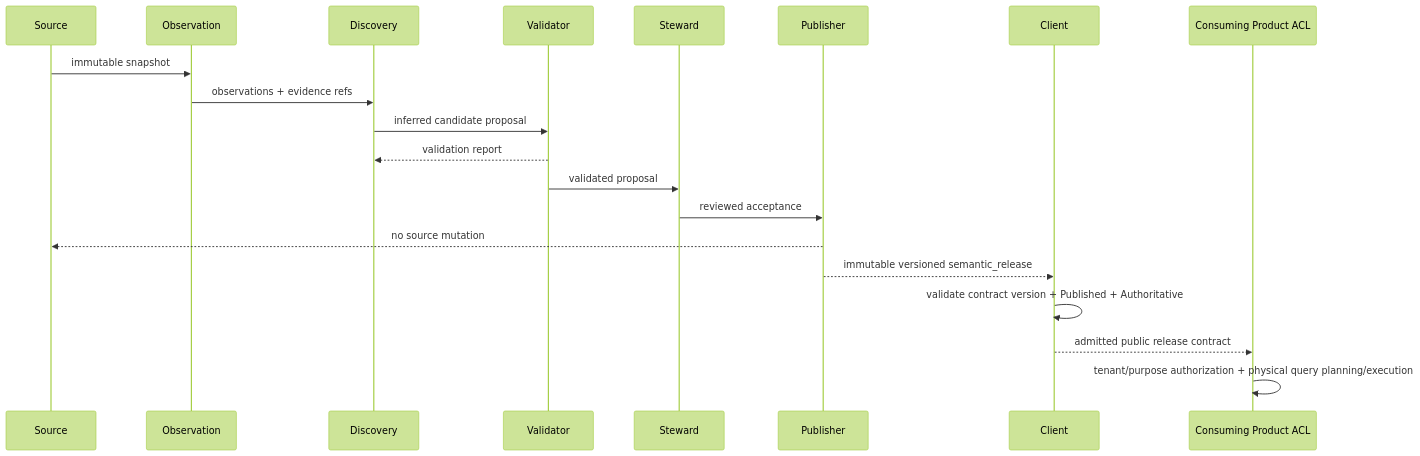
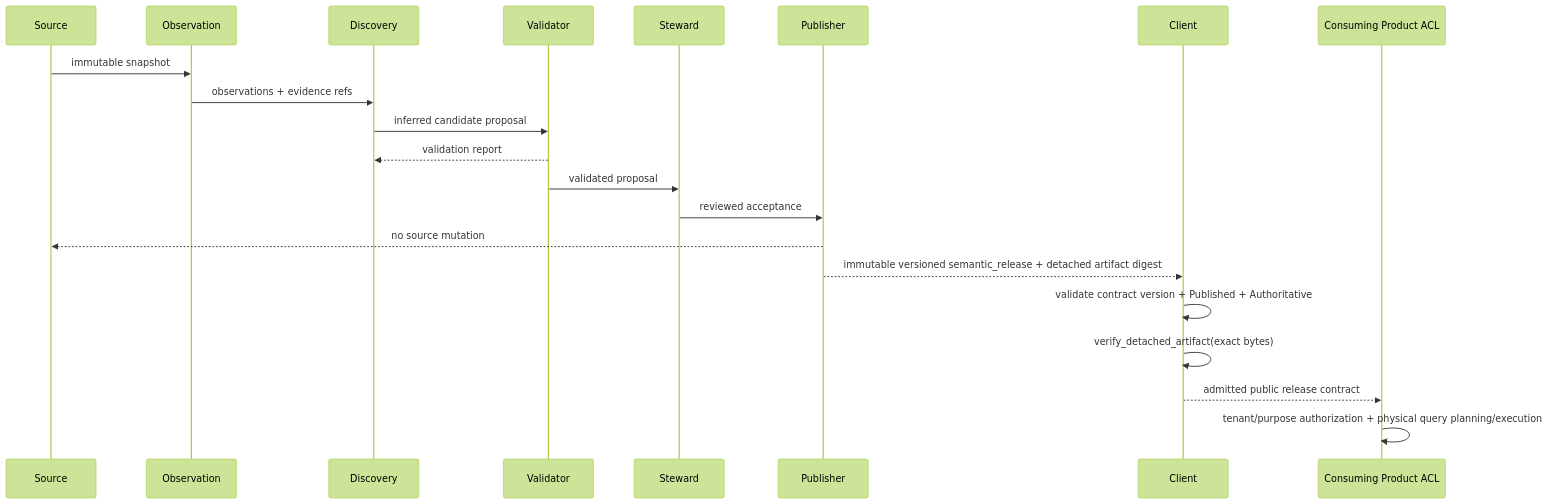
Before and after one commit to ContextualWisdomLab/ConceptWeave: the second of 3 diagrams in docs/UML.md, drawn with Mermaid (forest theme). The commit also changed other lines of this file and 7 other files, not shown here.

Commit message:
docs(client): align detached artifact contract

````diff
--- a/docs/UML.md
+++ b/docs/UML.md
@@ -23,23 +23,24 @@
 ```mermaid
 sequenceDiagram
     participant Source
     participant Observation
     participant Discovery
     participant Validator
     participant Steward
     participant Publisher
     participant Client
     participant Consumer as Consuming Product ACL
 
     Source->>Observation: immutable snapshot
     Observation->>Discovery: observations + evidence refs
     Discovery->>Validator: inferred candidate proposal
     Validator-->>Discovery: validation report
     Validator->>Steward: validated proposal
     Steward->>Publisher: reviewed acceptance
     Publisher-->>Source: no source mutation
-    Publisher-->>Client: immutable versioned semantic_release
+    Publisher-->>Client: immutable versioned semantic_release + detached artifact digest
     Client->>Client: validate contract version + Published + Authoritative
+    Client->>Client: verify_detached_artifact(exact bytes)
     Client-->>Consumer: admitted public release contract
     Consumer->>Consumer: tenant/purpose authorization + physical query planning/execution
 ```
````
